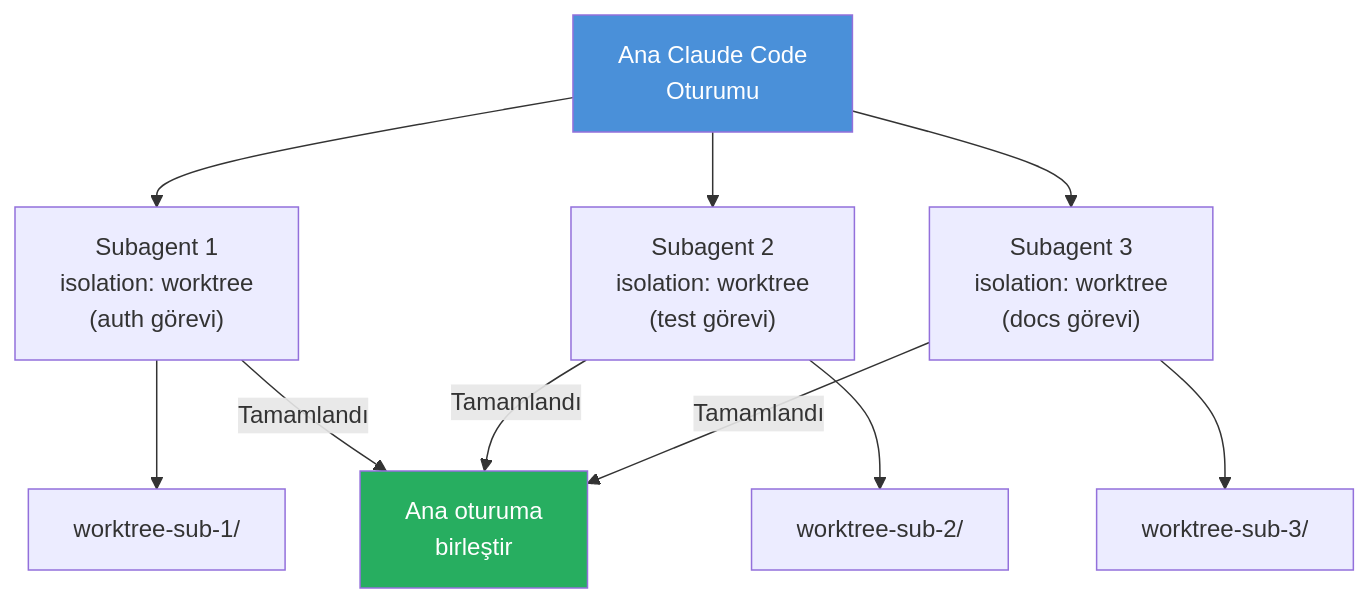
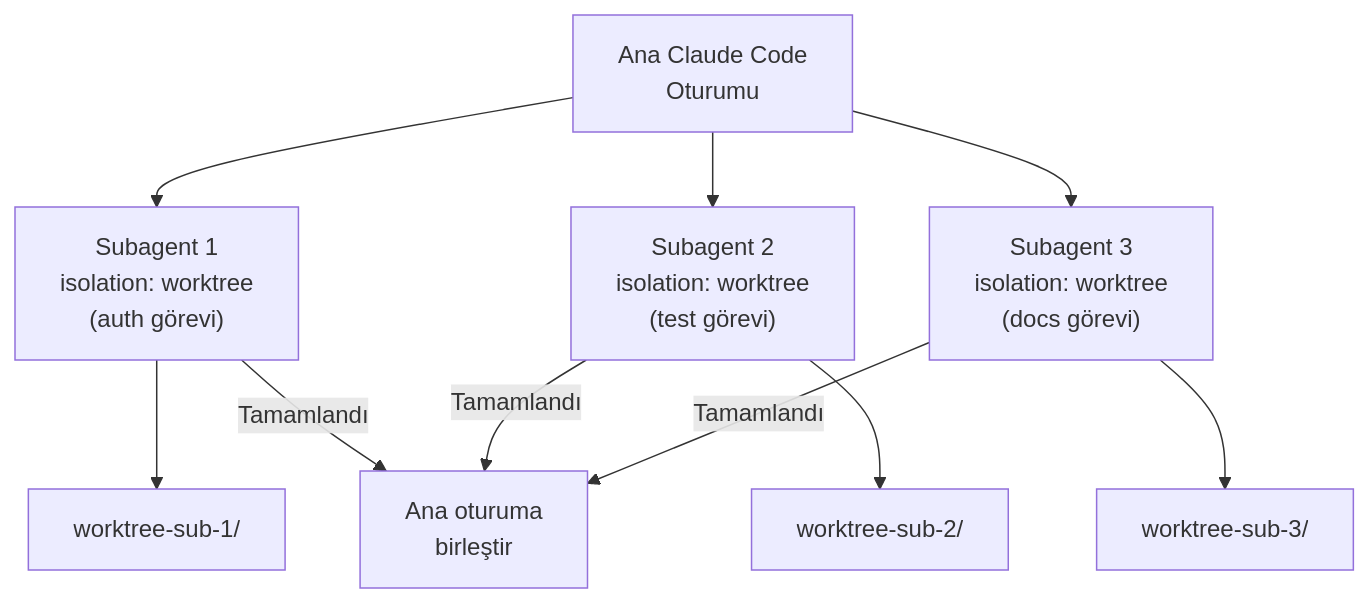
Before and after one commit to IzzetYasinAtes/ClaudeCodeHandbook: the fifth of 7 diagrams in 09-bellek-ve-baglam/08-worktree-ile-paralel-calisma.md, drawn with Mermaid. The commit also changed other lines of this file and 97 other files, not shown here.

Commit message:
Remove all custom Mermaid style/fill colors from 98 markdown files for consistent dark theme rendering

````diff
--- a/09-bellek-ve-baglam/08-worktree-ile-paralel-calisma.md
+++ b/09-bellek-ve-baglam/08-worktree-ile-paralel-calisma.md
@@ -198,17 +192,15 @@
 ```mermaid
 flowchart TD
     MAIN["Ana Claude Code<br/>Oturumu"] --> SUB1["Subagent 1<br/>isolation: worktree<br/>(auth görevi)"]
     MAIN --> SUB2["Subagent 2<br/>isolation: worktree<br/>(test görevi)"]
     MAIN --> SUB3["Subagent 3<br/>isolation: worktree<br/>(docs görevi)"]
 
     SUB1 --> WT1["worktree-sub-1/"]
     SUB2 --> WT2["worktree-sub-2/"]
     SUB3 --> WT3["worktree-sub-3/"]
 
     SUB1 -->|"Tamamlandı"| MERGE["Ana oturuma<br/>birleştir"]
     SUB2 -->|"Tamamlandı"| MERGE
     SUB3 -->|"Tamamlandı"| MERGE
 
-    style MAIN fill:#4A90D9,color:#fff
-    style MERGE fill:#27AE60,color:#fff
 ```
````
